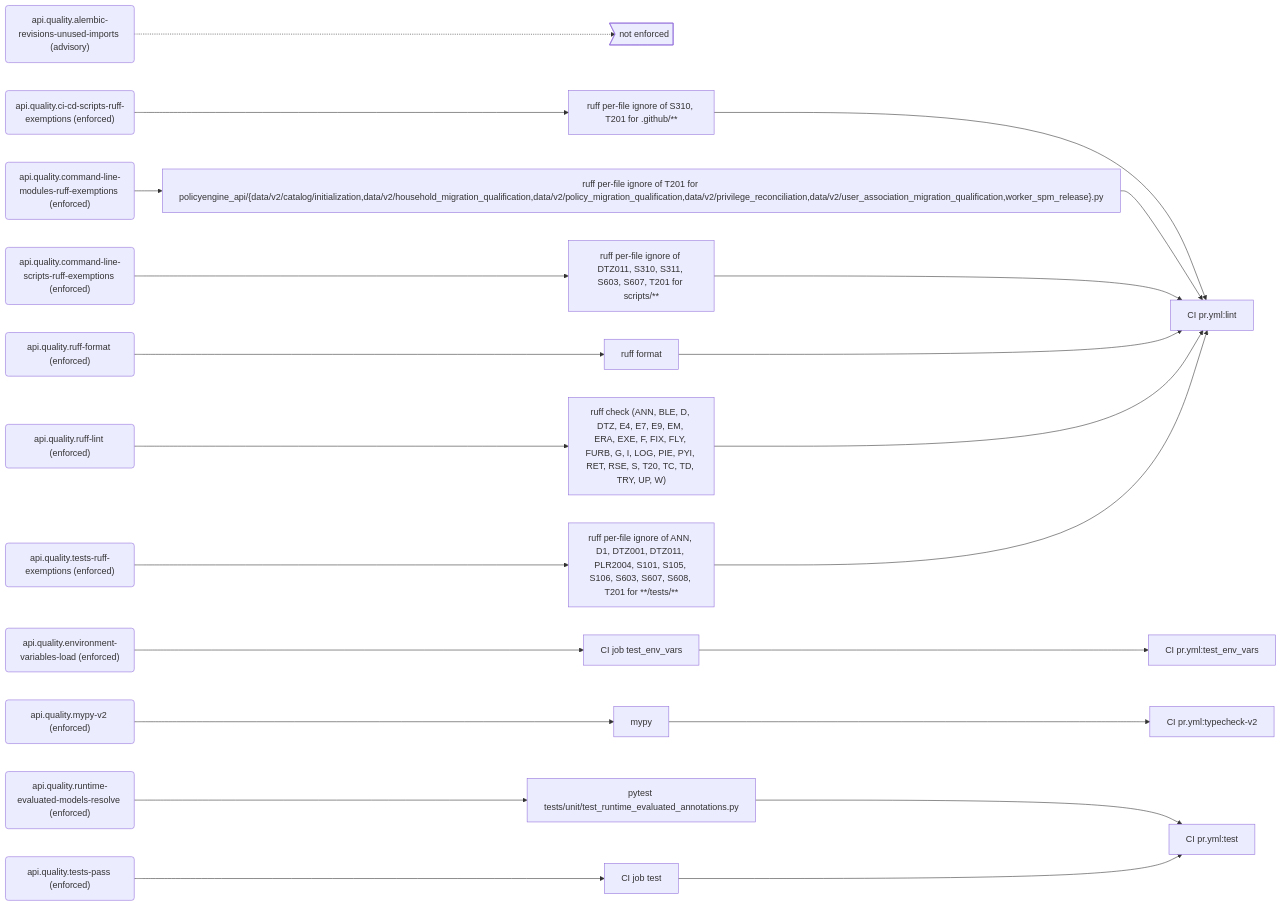
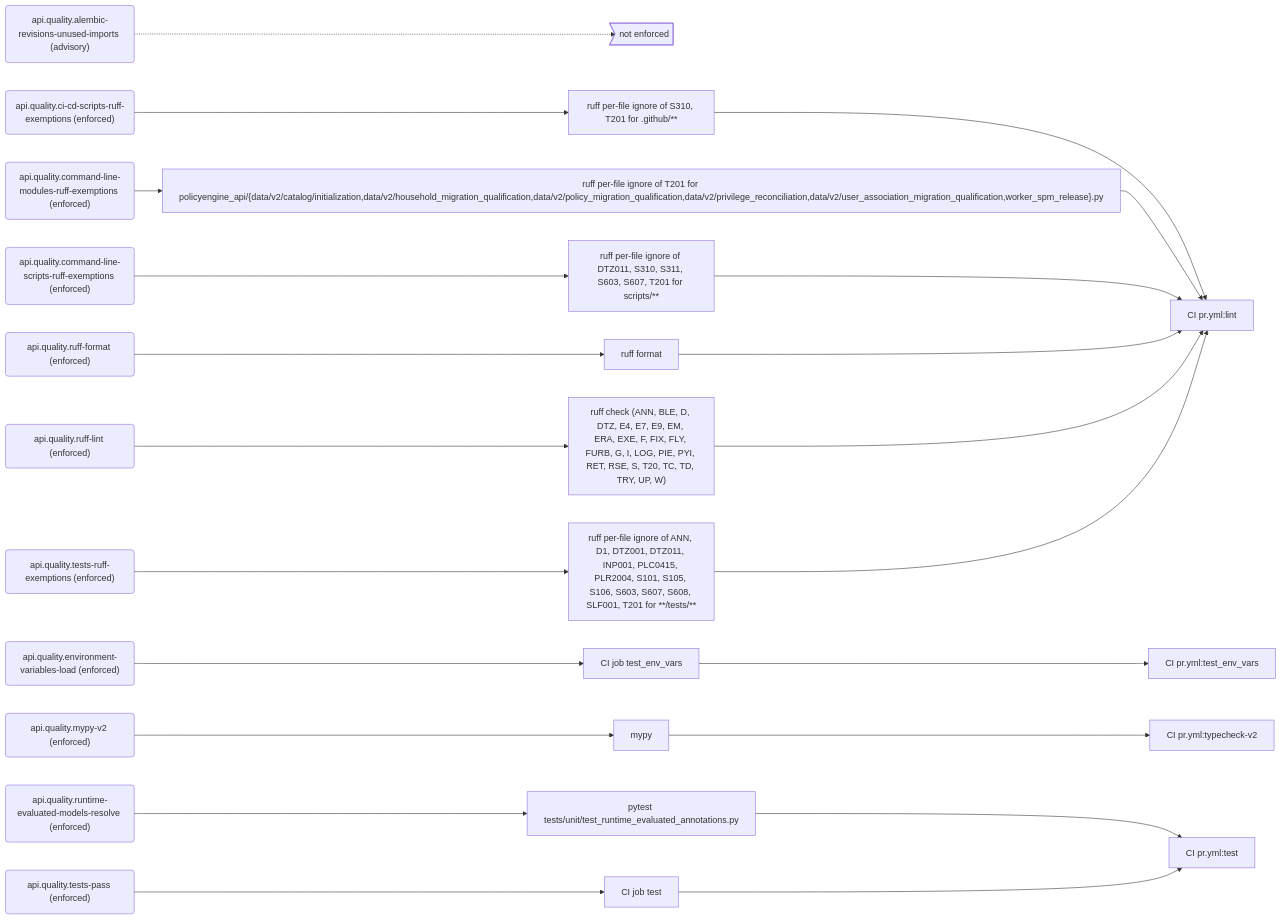
Before and after one commit to PolicyEngine/policyengine-api: the sixth of 9 diagrams in docs/generated/rules.md, drawn with Mermaid. The commit also changed other lines of this file and 2 other files, not shown here.

Commit message:
Exempt tests from SLF001, INP001 and PLC0415
Tests deliberately reach into private members, pytest test directories
aren't packages, and tests often import inside a test after patching the
environment. Application code still gets every rule.

````diff
--- a/docs/generated/rules.md
+++ b/docs/generated/rules.md
@@ -304,50 +304,50 @@
 ```mermaid
 flowchart LR
   r_api_quality_alembic_revisions_unused_imports("api.quality.alembic-revisions-unused-imports (advisory)")
   gap_unenforced>"not enforced"]
   r_api_quality_ci_cd_scripts_ruff_exemptions("api.quality.ci-cd-scripts-ruff-exemptions (enforced)")
   e_ruff_per_file_ignore_of_S310__T201_for__github___["ruff per-file ignore of S310, T201 for .github/**"]
   j_CI_pr_yml_lint["CI pr.yml:lint"]
   r_api_quality_command_line_modules_ruff_exemptions("api.quality.command-line-modules-ruff-exemptions (enforced)")
   e_ruff_per_file_ignore_of_T201_for_policyengine_api__data_v2_catalog_initialization_data_v2_household_migration_qualification_data_v2_policy_migration_qualification_data_v2_privilege_reconciliation_data_v2_user_association_migration_qualification_worker_spm_release__py["ruff per-file ignore of T201 for policyengine_api/{data/v2/catalog/initialization,data/v2/household_migration_qualification,data/v2/policy_migration_qualification,data/v2/privilege_reconciliation,data/v2/user_association_migration_qualification,worker_spm_release}.py"]
   r_api_quality_command_line_scripts_ruff_exemptions("api.quality.command-line-scripts-ruff-exemptions (enforced)")
   e_ruff_per_file_ignore_of_DTZ011__S310__S311__S603__S607__T201_for_scripts___["ruff per-file ignore of DTZ011, S310, S311, S603, S607, T201 for scripts/**"]
   r_api_quality_environment_variables_load("api.quality.environment-variables-load (enforced)")
   e_CI_job_test_env_vars["CI job test_env_vars"]
   j_CI_pr_yml_test_env_vars["CI pr.yml:test_env_vars"]
   r_api_quality_mypy_v2("api.quality.mypy-v2 (enforced)")
   e_mypy["mypy"]
   j_CI_pr_yml_typecheck_v2["CI pr.yml:typecheck-v2"]
   r_api_quality_ruff_format("api.quality.ruff-format (enforced)")
   e_ruff_format["ruff format"]
   r_api_quality_ruff_lint("api.quality.ruff-lint (enforced)")
   e_ruff_check__ANN__BLE__D__DTZ__E4__E7__E9__EM__ERA__EXE__F__FIX__FLY__FURB__G__I__LOG__PIE__PYI__RET__RSE__S__T20__TC__TD__TRY__UP__W_["ruff check (ANN, BLE, D, DTZ, E4, E7, E9, EM, ERA, EXE, F, FIX, FLY, FURB, G, I, LOG, PIE, PYI, RET, RSE, S, T20, TC, TD, TRY, UP, W)"]
   r_api_quality_runtime_evaluated_models_resolve("api.quality.runtime-evaluated-models-resolve (enforced)")
   e_pytest_tests_unit_test_runtime_evaluated_annotations_py["pytest tests/unit/test_runtime_evaluated_annotations.py"]
   j_CI_pr_yml_test["CI pr.yml:test"]
   r_api_quality_tests_pass("api.quality.tests-pass (enforced)")
   e_CI_job_test["CI job test"]
   r_api_quality_tests_ruff_exemptions("api.quality.tests-ruff-exemptions (enforced)")
-  e_ruff_per_file_ignore_of_ANN__D1__DTZ001__DTZ011__PLR2004__S101__S105__S106__S603__S607__S608__T201_for____tests___["ruff per-file ignore of ANN, D1, DTZ001, DTZ011, PLR2004, S101, S105, S106, S603, S607, S608, T201 for **/tests/**"]
+  e_ruff_per_file_ignore_of_ANN__D1__DTZ001__DTZ011__INP001__PLC0415__PLR2004__S101__S105__S106__S603__S607__S608__SLF001__T201_for____tests___["ruff per-file ignore of ANN, D1, DTZ001, DTZ011, INP001, PLC0415, PLR2004, S101, S105, S106, S603, S607, S608, SLF001, T201 for **/tests/**"]
   r_api_quality_alembic_revisions_unused_imports -.-> gap_unenforced
   r_api_quality_ci_cd_scripts_ruff_exemptions --> e_ruff_per_file_ignore_of_S310__T201_for__github___
   e_ruff_per_file_ignore_of_S310__T201_for__github___ --> j_CI_pr_yml_lint
   r_api_quality_command_line_modules_ruff_exemptions --> e_ruff_per_file_ignore_of_T201_for_policyengine_api__data_v2_catalog_initialization_data_v2_household_migration_qualification_data_v2_policy_migration_qualification_data_v2_privilege_reconciliation_data_v2_user_association_migration_qualification_worker_spm_release__py
   e_ruff_per_file_ignore_of_T201_for_policyengine_api__data_v2_catalog_initialization_data_v2_household_migration_qualification_data_v2_policy_migration_qualification_data_v2_privilege_reconciliation_data_v2_user_association_migration_qualification_worker_spm_release__py --> j_CI_pr_yml_lint
   r_api_quality_command_line_scripts_ruff_exemptions --> e_ruff_per_file_ignore_of_DTZ011__S310__S311__S603__S607__T201_for_scripts___
   e_ruff_per_file_ignore_of_DTZ011__S310__S311__S603__S607__T201_for_scripts___ --> j_CI_pr_yml_lint
   r_api_quality_environment_variables_load --> e_CI_job_test_env_vars
   e_CI_job_test_env_vars --> j_CI_pr_yml_test_env_vars
   r_api_quality_mypy_v2 --> e_mypy
   e_mypy --> j_CI_pr_yml_typecheck_v2
   r_api_quality_ruff_format --> e_ruff_format
   e_ruff_format --> j_CI_pr_yml_lint
   r_api_quality_ruff_lint --> e_ruff_check__ANN__BLE__D__DTZ__E4__E7__E9__EM__ERA__EXE__F__FIX__FLY__FURB__G__I__LOG__PIE__PYI__RET__RSE__S__T20__TC__TD__TRY__UP__W_
   e_ruff_check__ANN__BLE__D__DTZ__E4__E7__E9__EM__ERA__EXE__F__FIX__FLY__FURB__G__I__LOG__PIE__PYI__RET__RSE__S__T20__TC__TD__TRY__UP__W_ --> j_CI_pr_yml_lint
   r_api_quality_runtime_evaluated_models_resolve --> e_pytest_tests_unit_test_runtime_evaluated_annotations_py
   e_pytest_tests_unit_test_runtime_evaluated_annotations_py --> j_CI_pr_yml_test
   r_api_quality_tests_pass --> e_CI_job_test
   e_CI_job_test --> j_CI_pr_yml_test
-  r_api_quality_tests_ruff_exemptions --> e_ruff_per_file_ignore_of_ANN__D1__DTZ001__DTZ011__PLR2004__S101__S105__S106__S603__S607__S608__T201_for____tests___
-  e_ruff_per_file_ignore_of_ANN__D1__DTZ001__DTZ011__PLR2004__S101__S105__S106__S603__S607__S608__T201_for____tests___ --> j_CI_pr_yml_lint
+  r_api_quality_tests_ruff_exemptions --> e_ruff_per_file_ignore_of_ANN__D1__DTZ001__DTZ011__INP001__PLC0415__PLR2004__S101__S105__S106__S603__S607__S608__SLF001__T201_for____tests___
+  e_ruff_per_file_ignore_of_ANN__D1__DTZ001__DTZ011__INP001__PLC0415__PLR2004__S101__S105__S106__S603__S607__S608__SLF001__T201_for____tests___ --> j_CI_pr_yml_lint
 ```
````
